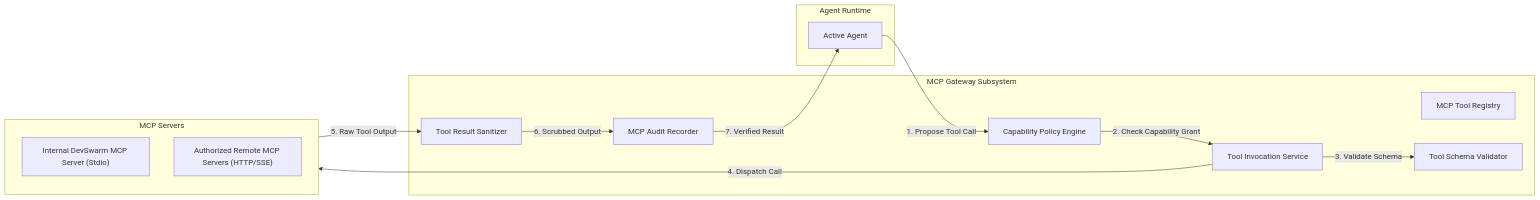
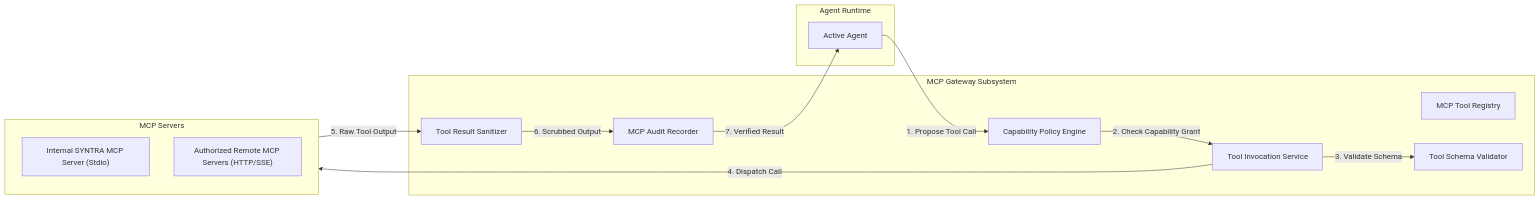
Before and after one commit to thedeepakreddy/SYNTRA: the diagram in docs/architecture/mcp-design.md, drawn with Mermaid. The commit also changed other lines of this file and 148 other files, not shown here.

````diff
--- a/docs/architecture/mcp-design.md
+++ b/docs/architecture/mcp-design.md
@@ -16,28 +16,28 @@
 ```mermaid
 flowchart LR
     subgraph AgentRuntime["Agent Runtime"]
         Agent["Active Agent"]
     end
 
     subgraph MCPGateway["MCP Gateway Subsystem"]
         CapEngine["Capability Policy Engine"]
         ToolRegistry["MCP Tool Registry"]
         SchemaValidator["Tool Schema Validator"]
         InvocService["Tool Invocation Service"]
         Sanitizer["Tool Result Sanitizer"]
         AuditLogger["MCP Audit Recorder"]
     end
 
     subgraph ServerLayer["MCP Servers"]
-        InternalMCP["Internal DevSwarm MCP Server (Stdio)"]
+        InternalMCP["Internal SYNTRA MCP Server (Stdio)"]
         ExternalMCP["Authorized Remote MCP Servers (HTTP/SSE)"]
     end
 
     Agent -->|1. Propose Tool Call| CapEngine
     CapEngine -->|2. Check Capability Grant| InvocService
     InvocService -->|3. Validate Schema| SchemaValidator
     InvocService -->|4. Dispatch Call| ServerLayer
     ServerLayer -->|5. Raw Tool Output| Sanitizer
     Sanitizer -->|6. Scrubbed Output| AuditLogger
     AuditLogger -->|7. Verified Result| Agent
 ```
````
